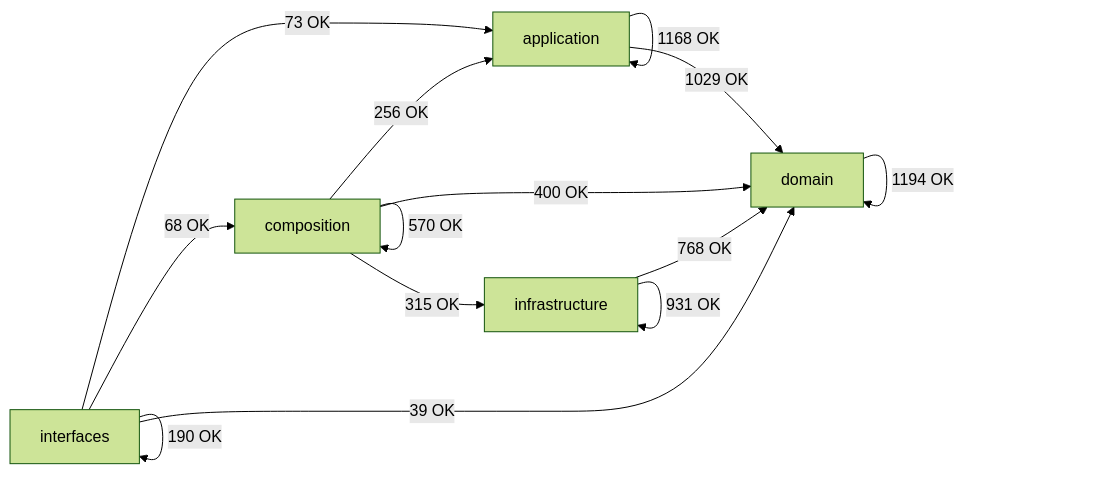
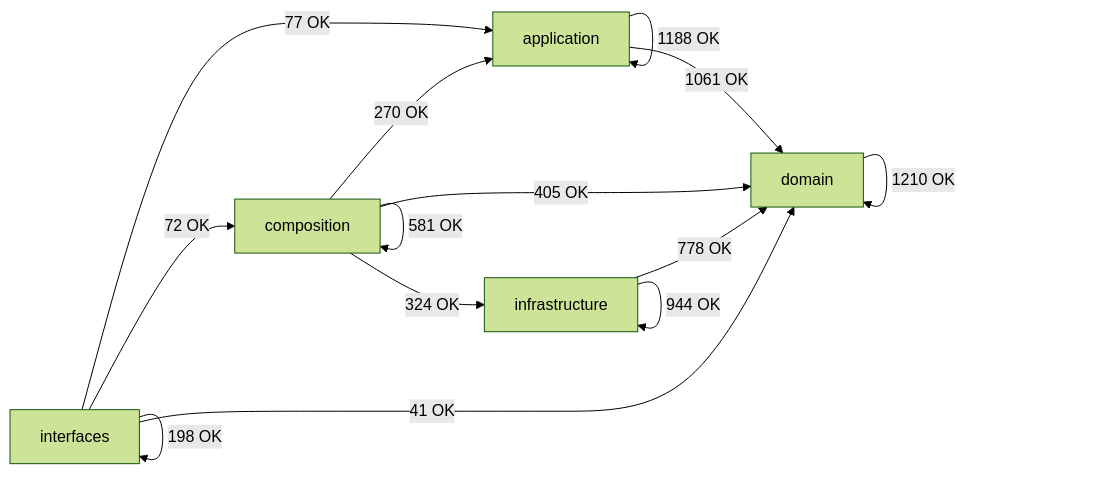
One commit to SatoryKono/BioactivityDataAcquisition changed the diagram in docs/02-architecture/generated/module-dependency-map.md. Above: the diagram before and after it, drawn with Mermaid (forest theme). The commit also changed other lines of this file and 147 other files, not shown here.

````diff
--- a/docs/02-architecture/generated/module-dependency-map.md
+++ b/docs/02-architecture/generated/module-dependency-map.md
@@ -17,21 +17,21 @@
 ```mermaid
 flowchart LR
     domain[domain]
     application[application]
     infrastructure[infrastructure]
     composition[composition]
     interfaces[interfaces]
-    application -->|1168 OK| application
-    application -->|1029 OK| domain
-    composition -->|256 OK| application
-    composition -->|570 OK| composition
-    composition -->|400 OK| domain
-    composition -->|315 OK| infrastructure
-    domain -->|1194 OK| domain
-    infrastructure -->|768 OK| domain
-    infrastructure -->|931 OK| infrastructure
-    interfaces -->|73 OK| application
-    interfaces -->|68 OK| composition
-    interfaces -->|39 OK| domain
-    interfaces -->|190 OK| interfaces
+    application -->|1188 OK| application
+    application -->|1061 OK| domain
+    composition -->|270 OK| application
+    composition -->|581 OK| composition
+    composition -->|405 OK| domain
+    composition -->|324 OK| infrastructure
+    domain -->|1210 OK| domain
+    infrastructure -->|778 OK| domain
+    infrastructure -->|944 OK| infrastructure
+    interfaces -->|77 OK| application
+    interfaces -->|72 OK| composition
+    interfaces -->|41 OK| domain
+    interfaces -->|198 OK| interfaces
 ```
````
